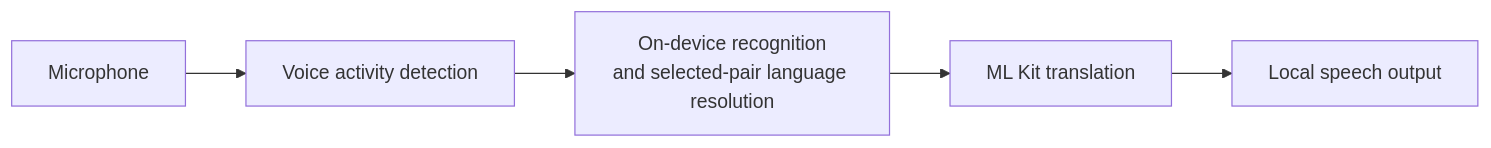
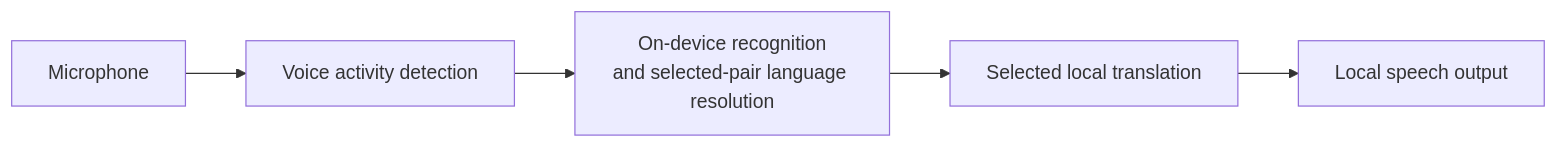
One commit to Ngoroth/offline-translator-android changed the diagram in README.md. Above: the diagram before and after it, drawn with Mermaid. The commit also changed other lines of this file and 102 other files, not shown here.

````diff
--- a/README.md
+++ b/README.md
@@ -54,7 +55,7 @@
 ```mermaid
 flowchart LR
     A[Microphone] --> B[Voice activity detection]
     B --> C["On-device recognition<br/>and selected-pair language resolution"]
-    C --> D[ML Kit translation]
+    C --> D[Selected local translation]
     D --> E[Local speech output]
 ```
````
